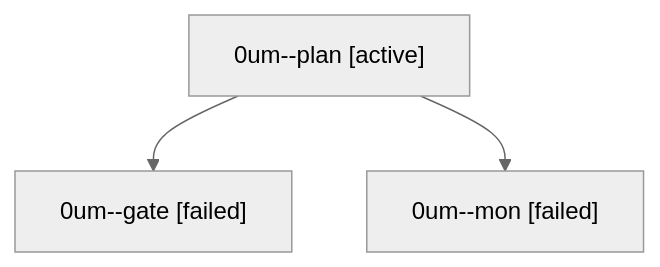
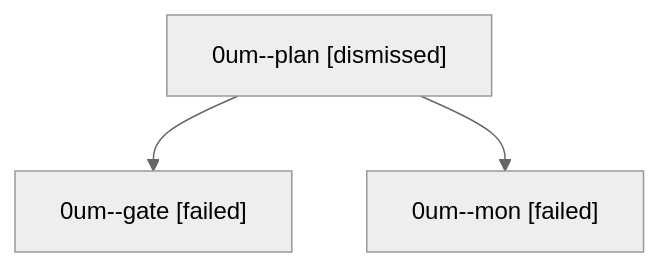
The diagram in sessions/bbugyi200.athena.0um.md (bobs-org/bob-cli--agents), drawn with Mermaid (neutral theme) before and after one commit. The commit also changed other lines of this file and 24 other files, not shown here.

````diff
--- a/sessions/bbugyi200.athena.0um.md
+++ b/sessions/bbugyi200.athena.0um.md
@@ -9,8 +9,8 @@
 ```mermaid
 flowchart TD
-  n0["0um--plan [active]"]
+  n0["0um--plan [dismissed]"]
   n1["0um--gate [failed]"]
   n0 --> n1
   n2["0um--mon [failed]"]
   n0 --> n2
 ```
````
